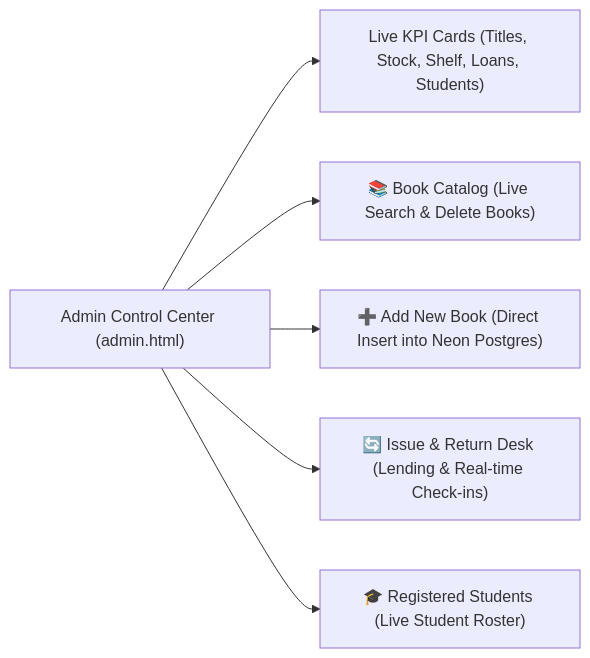
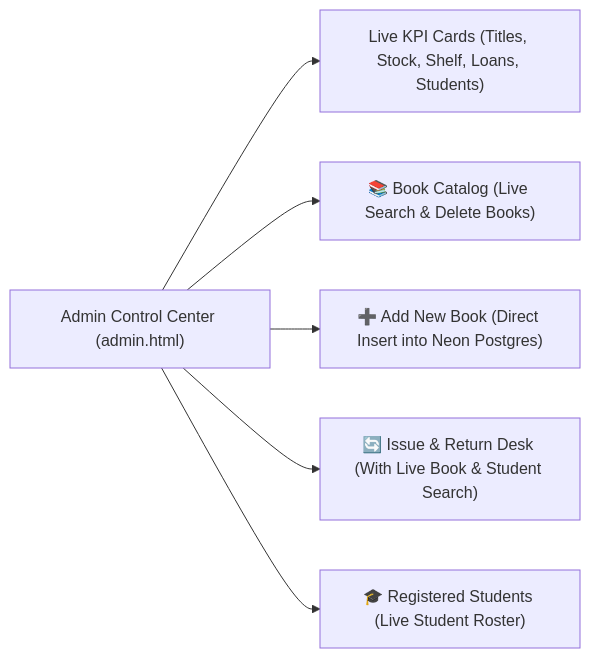
Before and after one commit to PranavMaske0136/SmartLibrary: the second of 2 diagrams in Docs/README.MD, drawn with Mermaid. The commit also changed other lines of this file and 1 other file, not shown here.

Commit message:
Update documentation with smartlibrarydotin.vercel.app domain, live database sync, and comprehensive feature guide

````diff
--- a/Docs/README.MD
+++ b/Docs/README.MD
@@ -133,9 +134,9 @@
 ```mermaid
 graph LR
     AdminDashboard["Admin Control Center (admin.html)"]
     AdminDashboard --> KPIs["Live KPI Cards (Titles, Stock, Shelf, Loans, Students)"]
     AdminDashboard --> Tab1["📚 Book Catalog (Live Search & Delete Books)"]
     AdminDashboard --> Tab2["➕ Add New Book (Direct Insert into Neon Postgres)"]
-    AdminDashboard --> Tab3["🔄 Issue & Return Desk (Lending & Real-time Check-ins)"]
+    AdminDashboard --> Tab3["🔄 Issue & Return Desk (With Live Book & Student Search)"]
     AdminDashboard --> Tab4["🎓 Registered Students (Live Student Roster)"]
 ```
````
